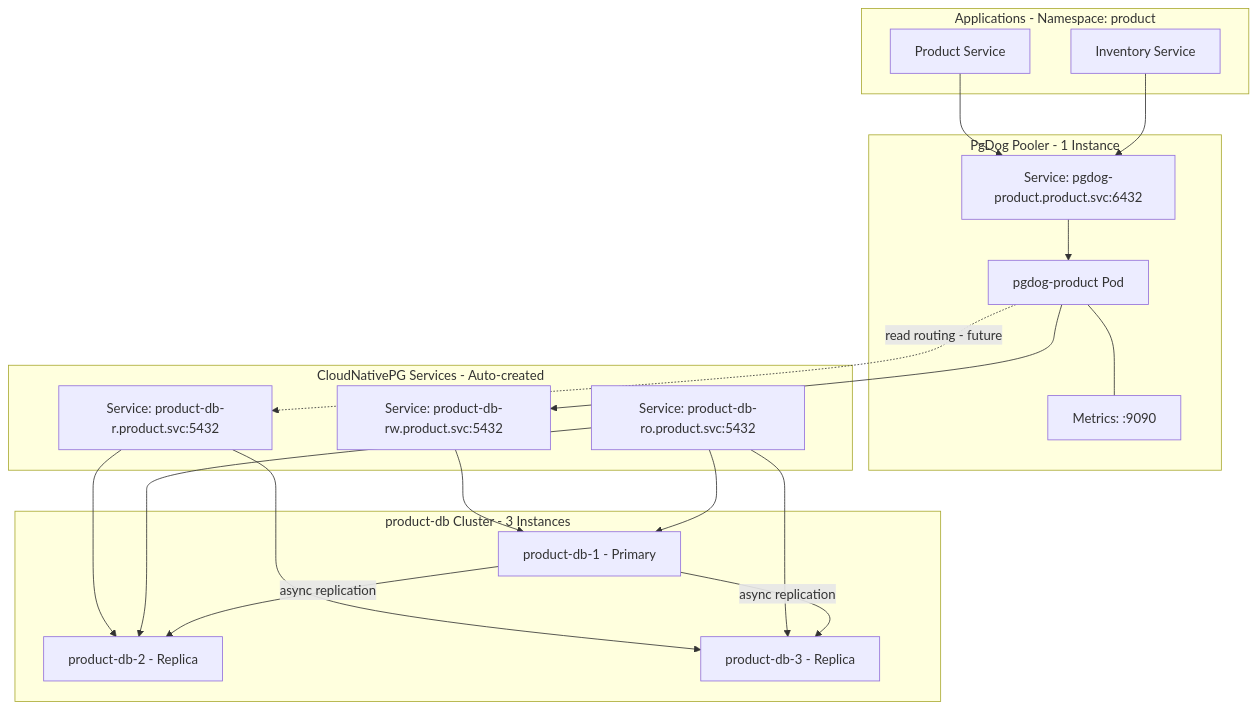
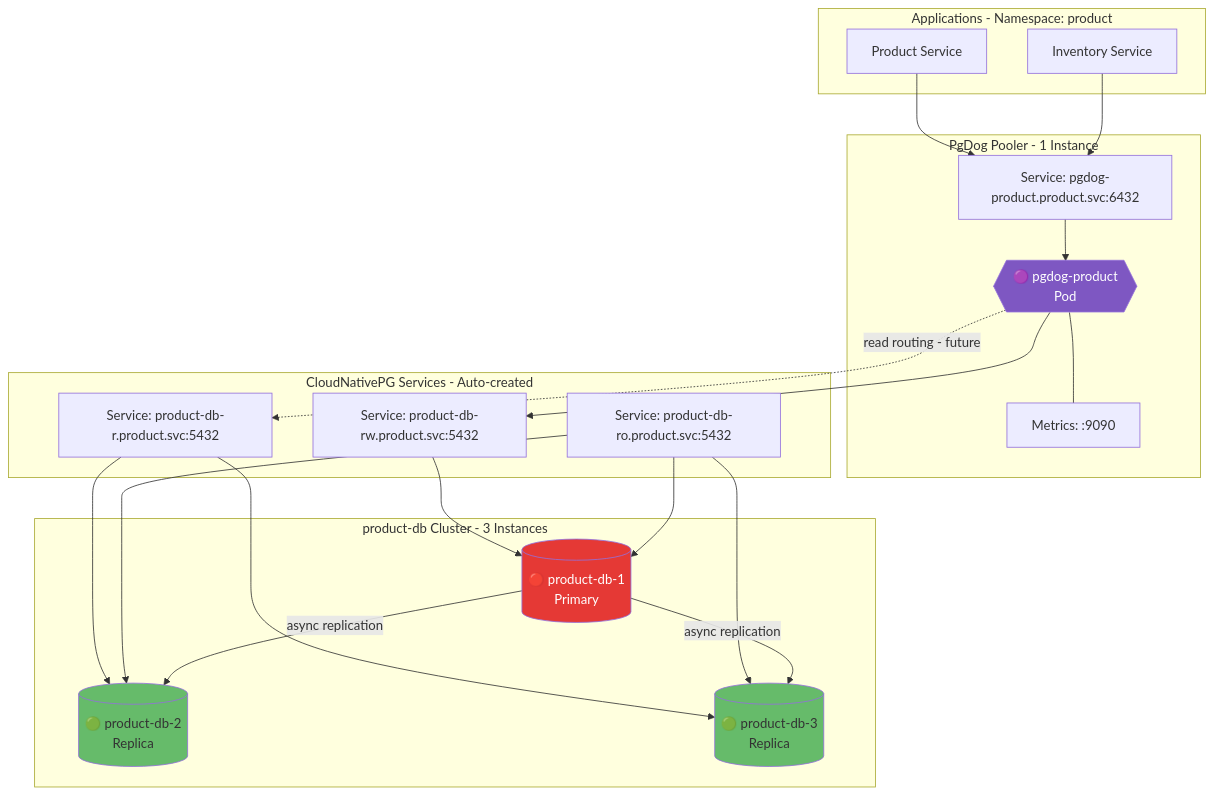
One commit to duynhlab/homelab changed the fourth of 6 diagrams in kubernetes/infra/configs/databases/clusters/README.md. Above: the diagram before and after it, drawn with Mermaid. The commit also changed other lines of this file and 18 other files, not shown here.

````diff
--- a/kubernetes/infra/configs/databases/clusters/README.md
+++ b/kubernetes/infra/configs/databases/clusters/README.md
@@ -283,40 +305,45 @@
 ```mermaid
 flowchart TD
     subgraph Apps["Applications - Namespace: product"]
         ProductService["Product Service"]
         InventoryService["Inventory Service"]
     end
 
     subgraph Pooler["PgDog Pooler - 1 Instance"]
-        PgDog["pgdog-product Pod"]
+        PgDog{{"🟣 pgdog-product<br/>Pod"}}
         PgDogSvc["Service: pgdog-product.product.svc:6432"]
         PgDogMetrics["Metrics: :9090"]
     end
 
     subgraph CNPGSvc["CloudNativePG Services - Auto-created"]
         RWSvc["Service: product-db-rw.product.svc:5432"]
         RSvc["Service: product-db-r.product.svc:5432"]
         ROSvc["Service: product-db-ro.product.svc:5432"]
     end
 
     subgraph Cluster["product-db Cluster - 3 Instances"]
-        Primary["product-db-1 - Primary"]
-        Replica1["product-db-2 - Replica"]
-        Replica2["product-db-3 - Replica"]
+        Primary[("🔴 product-db-1<br/>Primary")]
+        Replica1[("🟢 product-db-2<br/>Replica")]
+        Replica2[("🟢 product-db-3<br/>Replica")]
     end
 
     ProductService --> PgDogSvc
     InventoryService --> PgDogSvc
     PgDogSvc --> PgDog
     PgDog --> RWSvc
     PgDog -.->|"read routing - future"| RSvc
     RWSvc --> Primary
     RSvc --> Replica1
     RSvc --> Replica2
     ROSvc --> Primary
     ROSvc --> Replica1
     ROSvc --> Replica2
     Primary -->|"async replication"| Replica1
     Primary -->|"async replication"| Replica2
     PgDog --- PgDogMetrics
+    
+    style Primary fill:#E53935,color:#fff
+    style Replica1 fill:#66BB6A
+    style Replica2 fill:#66BB6A
+    style PgDog fill:#7E57C2,color:#fff
 ```
````
